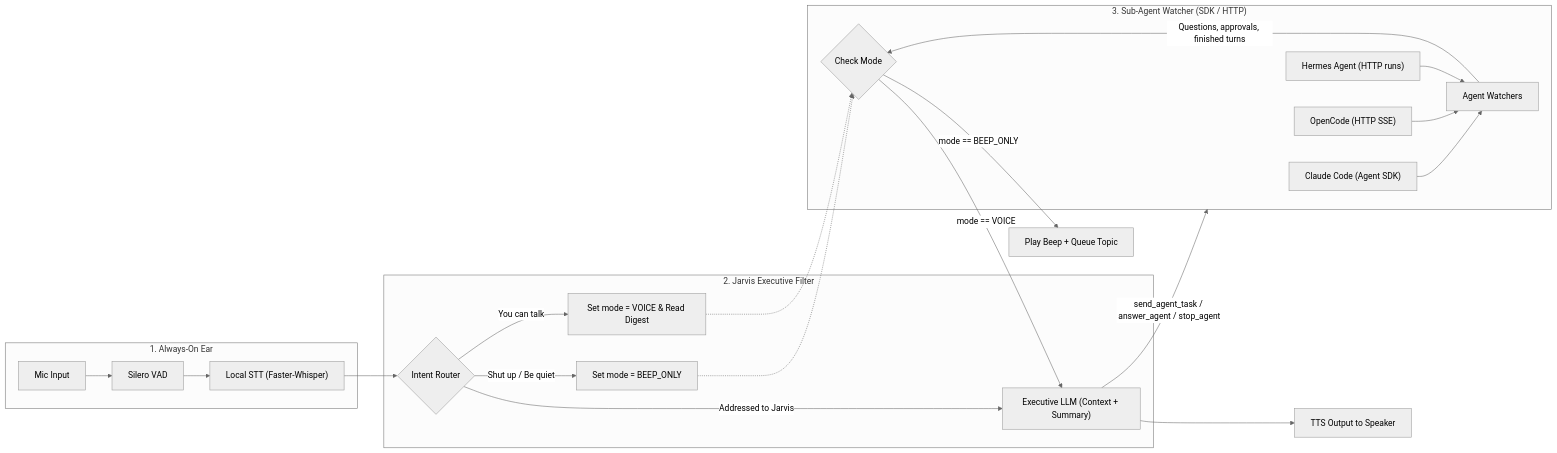
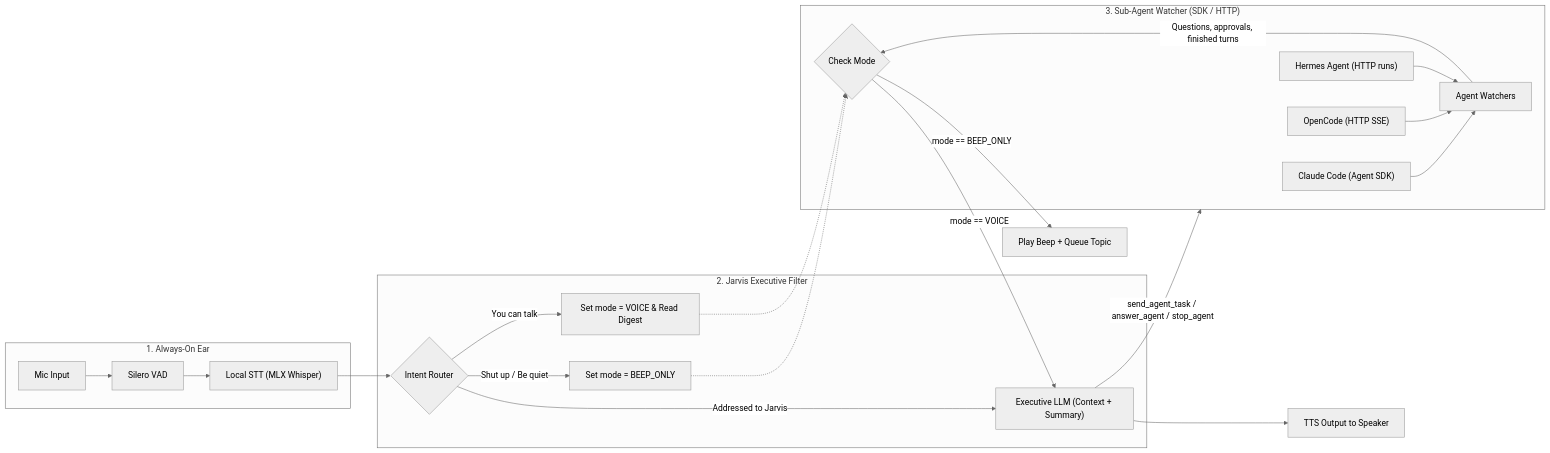
The diagram in docs/architecture.md (sangdth/jarvis), drawn with Mermaid (neutral theme) before and after one commit. The commit also changed other lines of this file and 12 other files, not shown here.

````diff
--- a/docs/architecture.md
+++ b/docs/architecture.md
@@ -16,28 +16,28 @@
 ```mermaid
 flowchart LR
     subgraph Input ["1. Always-On Ear"]
         Mic["Mic Input"] --> VAD["Silero VAD"]
-        VAD --> STT["Local STT (Faster-Whisper)"]
+        VAD --> STT["Local STT (MLX Whisper)"]
     end
 
     subgraph Brain ["2. Jarvis Executive Filter"]
         STT --> Intent{"Intent Router"}
         Intent -->|"Shut up / Be quiet"| Mute["Set mode = BEEP_ONLY"]
         Intent -->|"You can talk"| Unmute["Set mode = VOICE & Read Digest"]
         Intent -->|"Addressed to Jarvis"| LLM["Executive LLM (Context + Summary)"]
     end
 
     subgraph CodingAgents ["3. Sub-Agent Watcher (SDK / HTTP)"]
         CC["Claude Code (Agent SDK)"] --> Buffer["Agent Watchers"]
         OC["OpenCode (HTTP SSE)"] --> Buffer
         HA["Hermes Agent (HTTP runs)"] --> Buffer
         Buffer -->|"Questions, approvals, finished turns"| Notify{"Check Mode"}
     end
 
     Mute -.-> Notify
     Unmute -.-> Notify
     Notify -->|"mode == BEEP_ONLY"| Beep["Play Beep + Queue Topic"]
     Notify -->|"mode == VOICE"| LLM
     LLM --> TTS["TTS Output to Speaker"]
     LLM -->|"send_agent_task / answer_agent / stop_agent"| CodingAgents
 ```
````
